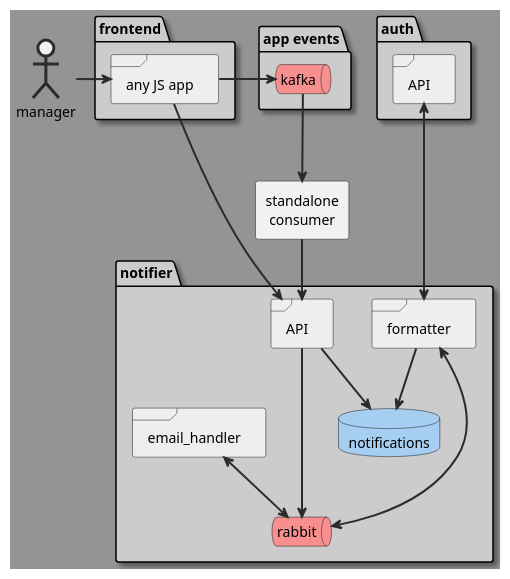
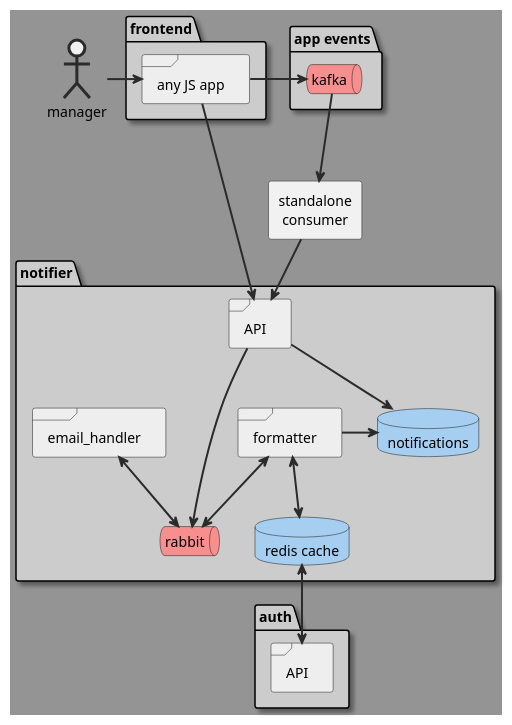
The diagram in scheme/maybe.puml (YanPonomarevMP/notifications_sprint_1), drawn with PlantUML before and after one commit.

Commit message:
Добавили кэш redis
Углубляемся в детали

```diff
--- a/scheme/maybe.puml
+++ b/scheme/maybe.puml
@@ -1,81 +1,84 @@
 @startuml
 
 <style>
     package {
         backgroundcolor #CCC
         Shadowing 1
     }
     document {
         backgroundcolor #949494
     }
     frame {
         backgroundcolor #EEE
     }
     database {
         backgroundcolor #A5CEF0
     }
     queue {
         backgroundcolor #F78F8F
     }
     actor {
         linethickness 3
         linecolor #2B2B2B
     }
     arrow {
         linethickness 2
         linecolor #2B2B2B
     }
     folder {
         backgroundcolor #FFCD73
     }
 </style>
 
 package "notifier" {
     frame notifier_api as "API" {
     }
     frame notifier_formatter as "formatter" {
     }
     frame notifier_email_handler as "email_handler" {
     }
     database notifier_postgres as "notifications" {
     }
+    database notifier_cache as "redis cache" {
+    }
     queue notifier_queue as "rabbit" {
     }
 }
 
 package events as "app events" {
     queue events_kafka as "kafka" {
     }
 }
 
 package "auth" {
     frame auth_api as "API" {
     }
 }
 
 package "frontend" {
     frame frontend_app as "any JS app" {
     }
 }
 
 rectangle notifier_to_events_consumer as "standalone\n consumer"
 actor notifier_user as "manager"
 
 events_kafka --> notifier_to_events_consumer
 notifier_to_events_consumer --> notifier_api
 
 notifier_user -right-> frontend_app
 frontend_app --> notifier_api
 frontend_app -right-> events_kafka
 
 notifier_api --> notifier_postgres
 notifier_api ---> notifier_queue
 
 notifier_formatter <--> notifier_queue
 notifier_email_handler <--> notifier_queue
 
-notifier_formatter <--up-> auth_api
-notifier_formatter --> notifier_postgres
+notifier_formatter <-down-> notifier_cache
+notifier_cache <-down-> auth_api
+notifier_formatter -> notifier_postgres
 
 
 @enduml
```
